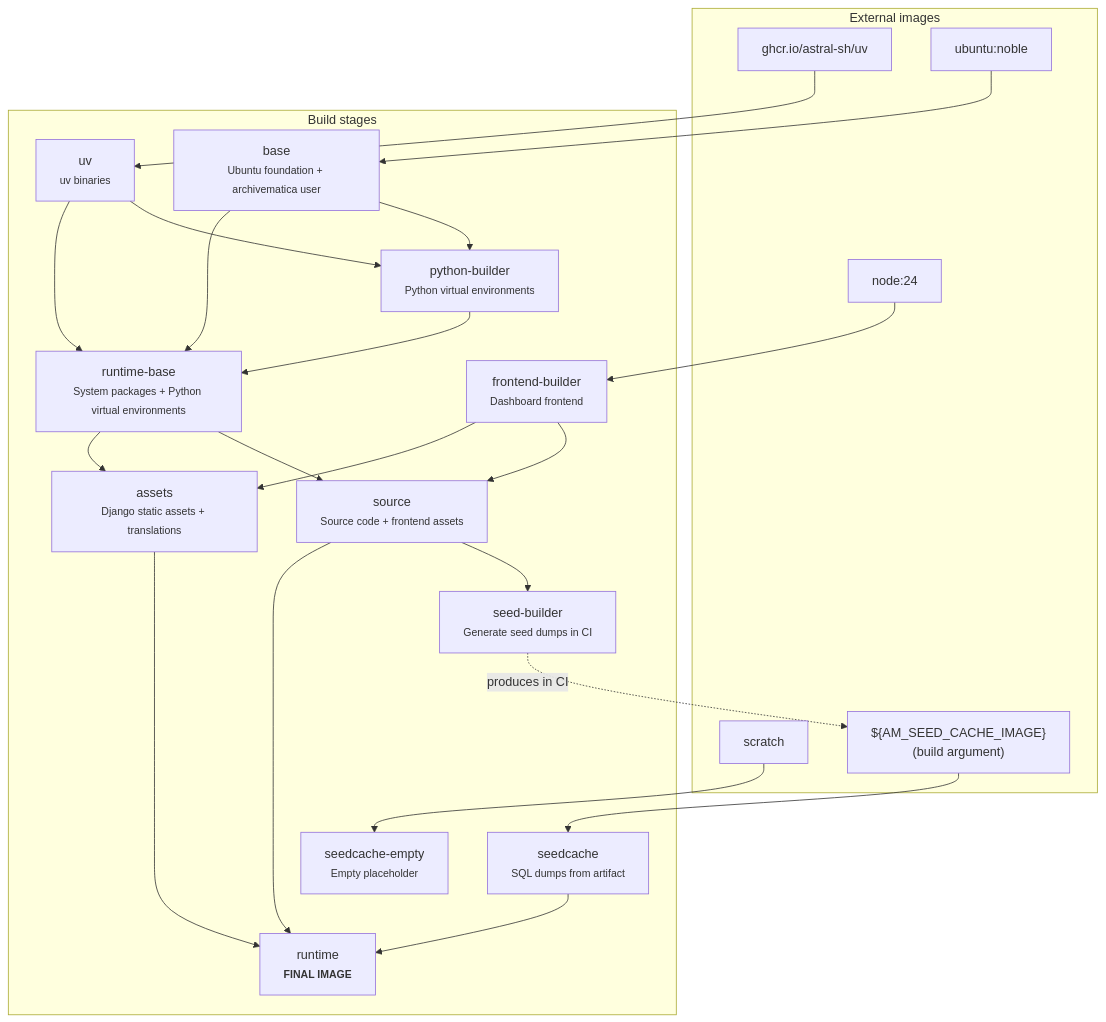
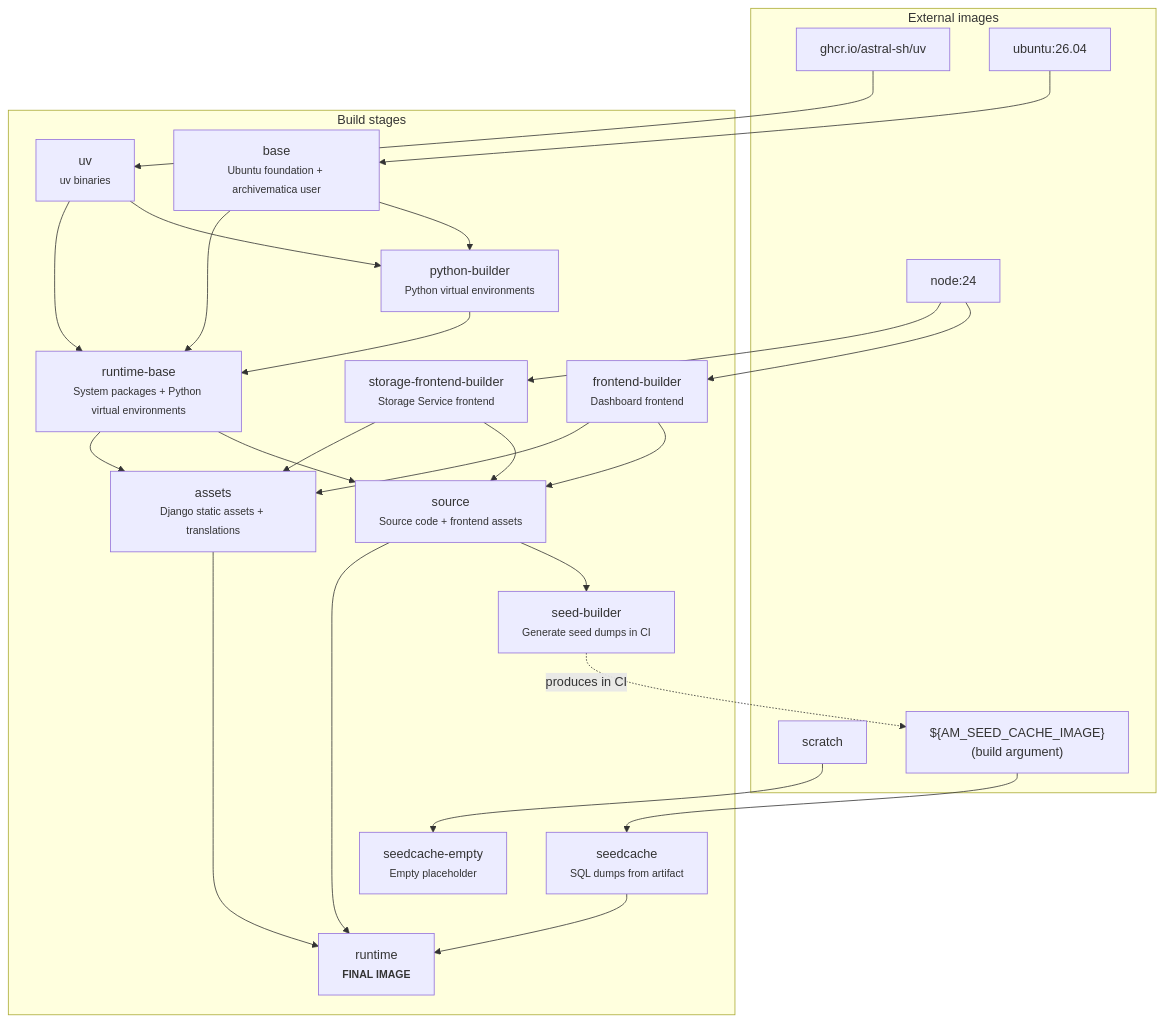
The second of 2 diagrams in hack/box/CONTRIBUTING.md (sevein/ambox), drawn with Mermaid before and after one commit. The commit also changed other lines of this file and 5 other files, not shown here.

````diff
--- a/hack/box/CONTRIBUTING.md
+++ b/hack/box/CONTRIBUTING.md
@@ -177,46 +184,50 @@
 ```mermaid
 flowchart TB
   subgraph External[External images]
     uv_ext["ghcr.io/astral-sh/uv"]
-    ubuntu["ubuntu:noble"]
+    ubuntu["ubuntu:26.04"]
     node24["node:24"]
     scratch["scratch"]
     seed_arg["${AM_SEED_CACHE_IMAGE}<br/>(build argument)"]
   end
 
   subgraph Build[Build stages]
     uv["uv<br/><small>uv binaries</small>"]
     base["base<br/><small>Ubuntu foundation + archivematica user</small>"]
     python_builder["python-builder<br/><small>Python virtual environments</small>"]
     frontend_builder["frontend-builder<br/><small>Dashboard frontend</small>"]
+    storage_frontend_builder["storage-frontend-builder<br/><small>Storage Service frontend</small>"]
     seedcache_empty["seedcache-empty<br/><small>Empty placeholder</small>"]
     seedcache["seedcache<br/><small>SQL dumps from artifact</small>"]
     runtime_base["runtime-base<br/><small>System packages + Python virtual environments</small>"]
     source["source<br/><small>Source code + frontend assets</small>"]
     assets["assets<br/><small>Django static assets + translations</small>"]
     seed_builder["seed-builder<br/><small>Generate seed dumps in CI</small>"]
     runtime["runtime<br/><small><b>FINAL IMAGE</b></small>"]
   end
 
   uv_ext --> uv
   ubuntu --> base
   node24 --> frontend_builder
+  node24 --> storage_frontend_builder
   scratch --> seedcache_empty
   seed_arg --> seedcache
 
   base --> python_builder
   uv --> python_builder
   base --> runtime_base
   python_builder --> runtime_base
   uv --> runtime_base
   runtime_base --> source
   frontend_builder --> source
+  storage_frontend_builder --> source
   runtime_base --> assets
   frontend_builder --> assets
+  storage_frontend_builder --> assets
   source --> seed_builder
   source --> runtime
   seedcache --> runtime
   assets --> runtime
 
   seed_builder -.->|produces in CI| seed_arg
 ```
````
